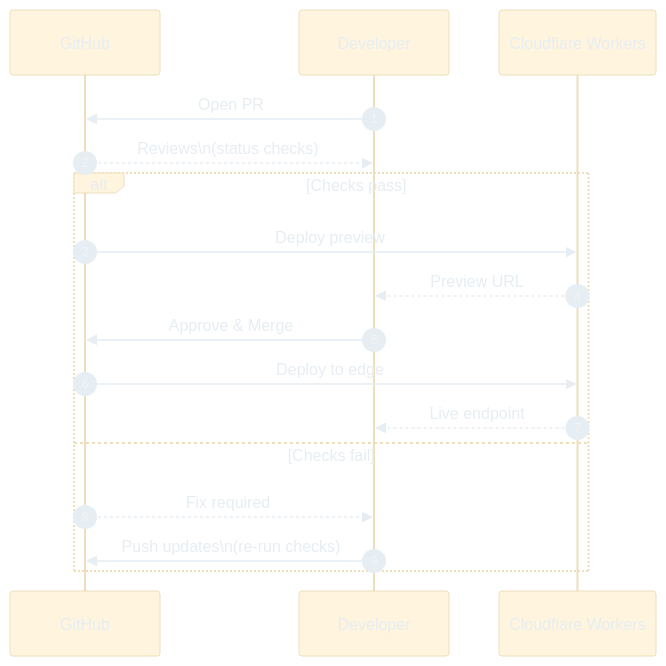
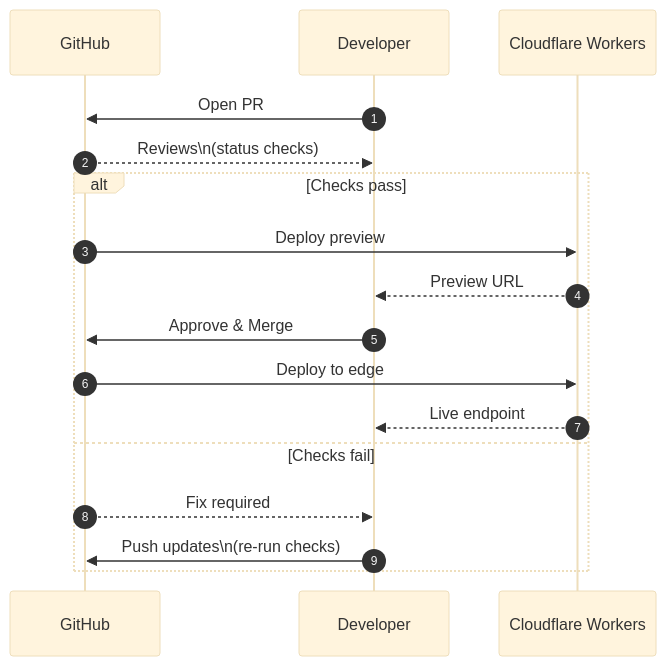
Before and after one commit to adthomps/applied-practical-thinking: the diagram in apps/web/public/content/guides/02-ai-powered-cloud-development-guide.md, drawn with Mermaid. The commit also changed 63 other files, not shown here.

````diff
--- a/apps/web/public/content/guides/02-ai-powered-cloud-development-guide.md
+++ b/apps/web/public/content/guides/02-ai-powered-cloud-development-guide.md
@@ -175,24 +175,23 @@
 ```mermaid
 %%{init:{
   "theme":"base",
-  "themeVariables":{"primaryTextColor":"#E6EDF3","fontSize":"16px"},
   "sequence":{"rightAngles":true,"showSequenceNumbers":true,"useMaxWidth":true}
 }}%%
 sequenceDiagram
   participant GH as GitHub
   participant Dev as Developer
   participant CF as Cloudflare Workers
 
   Dev->>GH: Open PR
   GH-->>Dev: Reviews\n(status checks)
   alt Checks pass
     GH->>CF: Deploy preview
     CF-->>Dev: Preview URL
     Dev->>GH: Approve & Merge
     GH->>CF: Deploy to edge
     CF-->>Dev: Live endpoint
   else Checks fail
     GH-->>Dev: Fix required
     Dev->>GH: Push updates\n(re-run checks)
   end
 ```
````
